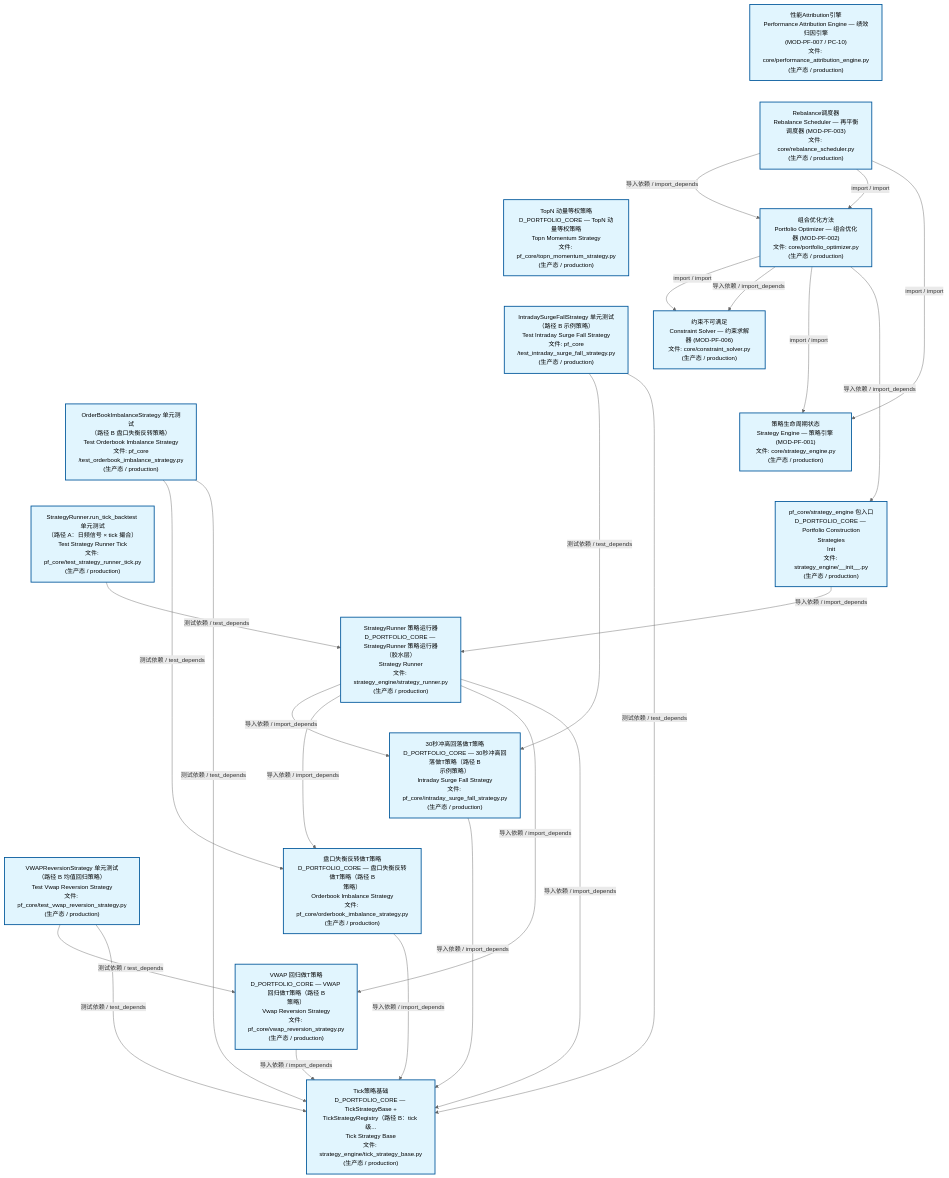
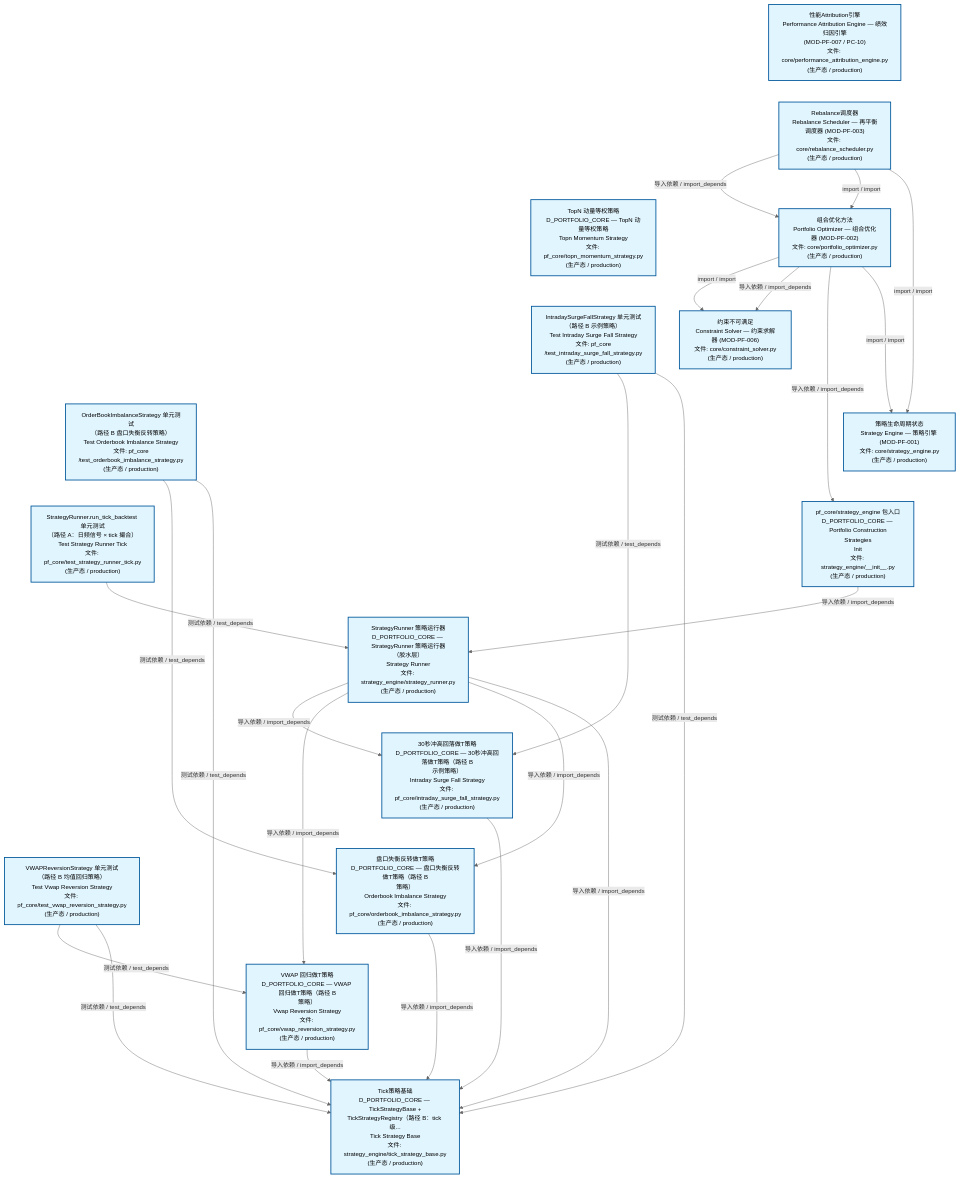
One commit to xuanFelixVan/ZephyrAlpha changed the second of 3 diagrams in docs/02_enterprise_architecture/02_domain_architecture_docs/63_d_pf_core.md. Above: the diagram before and after it, drawn with Mermaid. The commit also changed other lines of this file and 44 other files, not shown here.

````diff
--- a/docs/02_enterprise_architecture/02_domain_architecture_docs/63_d_pf_core.md
+++ b/docs/02_enterprise_architecture/02_domain_architecture_docs/63_d_pf_core.md
@@ -140,57 +140,57 @@
 ```mermaid
 %%{init: {'theme': 'base', 'themeVariables': {'primaryColor': '#eaeaea', 'primaryTextColor': '#333333', 'primaryBorderColor': '#666666', 'lineColor': '#666666', 'secondaryColor': '#eaeaea', 'tertiaryColor': '#eaeaea', 'fontSize': '14px'}}}%%
 flowchart TD
     src_zephyr_pf_core_core_performance_attribution_engine_py["性能Attribution引擎<br/>Performance Attribution Engine — 绩效归因引擎<br/>(MOD-PF-007 / PC-10)<br/>文件: core/performance_attribution_engine.py<br/>(生产态 / production)"]
     src_zephyr_pf_core_core_rebalance_scheduler_py["Rebalance调度器<br/>Rebalance Scheduler — 再平衡调度器 (MOD-PF-003)<br/>文件: core/rebalance_scheduler.py<br/>(生产态 / production)"]
     src_zephyr_pf_core_topn_momentum_strategy_py["TopN 动量等权策略<br/>D_PORTFOLIO_CORE — TopN 动量等权策略<br/>Topn Momentum Strategy<br/>文件: pf_core/topn_momentum_strategy.py<br/>(生产态 / production)"]
     tests_pf_core_test_intraday_surge_fall_strategy_py["IntradaySurgeFallStrategy 单元测试<br/>（路径 B 示例策略）<br/>Test Intraday Surge Fall Strategy<br/>文件: pf_core<br/>/test_intraday_surge_fall_strategy.py<br/>(生产态 / production)"]
     tests_pf_core_test_orderbook_imbalance_strategy_py["OrderBookImbalanceStrategy 单元测试<br/>（路径 B 盘口失衡反转策略）<br/>Test Orderbook Imbalance Strategy<br/>文件: pf_core<br/>/test_orderbook_imbalance_strategy.py<br/>(生产态 / production)"]
     tests_pf_core_test_strategy_runner_tick_py["StrategyRunner.run_tick_backtest 单元测试<br/>（路径 A：日频信号 × tick 撮合）<br/>Test Strategy Runner Tick<br/>文件: pf_core/test_strategy_runner_tick.py<br/>(生产态 / production)"]
     tests_pf_core_test_vwap_reversion_strategy_py["VWAPReversionStrategy 单元测试<br/>（路径 B 均值回归策略）<br/>Test Vwap Reversion Strategy<br/>文件: pf_core/test_vwap_reversion_strategy.py<br/>(生产态 / production)"]
     src_zephyr_pf_core_core_performance_attribution_engine_py ~~~ src_zephyr_pf_core_core_rebalance_scheduler_py
     src_zephyr_pf_core_core_rebalance_scheduler_py ~~~ src_zephyr_pf_core_topn_momentum_strategy_py
     src_zephyr_pf_core_topn_momentum_strategy_py ~~~ tests_pf_core_test_intraday_surge_fall_strategy_py
     tests_pf_core_test_intraday_surge_fall_strategy_py ~~~ tests_pf_core_test_orderbook_imbalance_strategy_py
     tests_pf_core_test_orderbook_imbalance_strategy_py ~~~ tests_pf_core_test_strategy_runner_tick_py
     tests_pf_core_test_strategy_runner_tick_py ~~~ tests_pf_core_test_vwap_reversion_strategy_py
     src_zephyr_pf_core_core_portfolio_optimizer_py["组合优化方法<br/>Portfolio Optimizer — 组合优化器 (MOD-PF-002)<br/>文件: core/portfolio_optimizer.py<br/>(生产态 / production)"]
     src_zephyr_pf_core_core_constraint_solver_py["约束不可满足<br/>Constraint Solver — 约束求解器 (MOD-PF-006)<br/>文件: core/constraint_solver.py<br/>(生产态 / production)"]
     src_zephyr_pf_core_core_strategy_engine_py["策略生命周期状态<br/>Strategy Engine — 策略引擎 (MOD-PF-001)<br/>文件: core/strategy_engine.py<br/>(生产态 / production)"]
     src_zephyr_pf_core_strategy_engine_init_py["pf_core/strategy_engine 包入口<br/>D_PORTFOLIO_CORE — Portfolio Construction<br/>Strategies<br/>Init<br/>文件: strategy_engine/__init__.py<br/>(生产态 / production)"]
     src_zephyr_pf_core_core_constraint_solver_py ~~~ src_zephyr_pf_core_core_strategy_engine_py
     src_zephyr_pf_core_core_strategy_engine_py ~~~ src_zephyr_pf_core_strategy_engine_init_py
     src_zephyr_pf_core_strategy_engine_strategy_runner_py["StrategyRunner 策略运行器<br/>D_PORTFOLIO_CORE — StrategyRunner 策略运行器<br/>（胶水层）<br/>Strategy Runner<br/>文件: strategy_engine/strategy_runner.py<br/>(生产态 / production)"]
     src_zephyr_pf_core_intraday_surge_fall_strategy_py["30秒冲高回落做T策略<br/>D_PORTFOLIO_CORE — 30秒冲高回落做T策略（路径 B<br/>示例策略）<br/>Intraday Surge Fall Strategy<br/>文件: pf_core/intraday_surge_fall_strategy.py<br/>(生产态 / production)"]
     src_zephyr_pf_core_orderbook_imbalance_strategy_py["盘口失衡反转做T策略<br/>D_PORTFOLIO_CORE — 盘口失衡反转做T策略（路径 B<br/>策略）<br/>Orderbook Imbalance Strategy<br/>文件: pf_core/orderbook_imbalance_strategy.py<br/>(生产态 / production)"]
     src_zephyr_pf_core_vwap_reversion_strategy_py["VWAP 回归做T策略<br/>D_PORTFOLIO_CORE — VWAP 回归做T策略（路径 B<br/>策略）<br/>Vwap Reversion Strategy<br/>文件: pf_core/vwap_reversion_strategy.py<br/>(生产态 / production)"]
     src_zephyr_pf_core_intraday_surge_fall_strategy_py ~~~ src_zephyr_pf_core_orderbook_imbalance_strategy_py
     src_zephyr_pf_core_orderbook_imbalance_strategy_py ~~~ src_zephyr_pf_core_vwap_reversion_strategy_py
     src_zephyr_pf_core_strategy_engine_tick_strategy_base_py["Tick策略基础<br/>D_PORTFOLIO_CORE — TickStrategyBase +<br/>TickStrategyRegistry（路径 B：tick 级...<br/>Tick Strategy Base<br/>文件: strategy_engine/tick_strategy_base.py<br/>(生产态 / production)"]
     src_zephyr_pf_core_intraday_surge_fall_strategy_py -->|导入依赖 / import_depends| src_zephyr_pf_core_strategy_engine_tick_strategy_base_py
+    src_zephyr_pf_core_vwap_reversion_strategy_py -->|导入依赖 / import_depends| src_zephyr_pf_core_strategy_engine_tick_strategy_base_py
     src_zephyr_pf_core_orderbook_imbalance_strategy_py -->|导入依赖 / import_depends| src_zephyr_pf_core_strategy_engine_tick_strategy_base_py
-    src_zephyr_pf_core_vwap_reversion_strategy_py -->|导入依赖 / import_depends| src_zephyr_pf_core_strategy_engine_tick_strategy_base_py
     src_zephyr_pf_core_core_rebalance_scheduler_py -->|导入依赖 / import_depends| src_zephyr_pf_core_core_portfolio_optimizer_py
     src_zephyr_pf_core_core_rebalance_scheduler_py -->|import / import| src_zephyr_pf_core_core_portfolio_optimizer_py
     src_zephyr_pf_core_core_rebalance_scheduler_py -->|import / import| src_zephyr_pf_core_core_strategy_engine_py
     src_zephyr_pf_core_core_portfolio_optimizer_py -->|import / import| src_zephyr_pf_core_core_constraint_solver_py
     src_zephyr_pf_core_core_portfolio_optimizer_py -->|导入依赖 / import_depends| src_zephyr_pf_core_core_constraint_solver_py
+    src_zephyr_pf_core_core_portfolio_optimizer_py -->|导入依赖 / import_depends| src_zephyr_pf_core_strategy_engine_init_py
     src_zephyr_pf_core_core_portfolio_optimizer_py -->|import / import| src_zephyr_pf_core_core_strategy_engine_py
-    src_zephyr_pf_core_core_portfolio_optimizer_py -->|导入依赖 / import_depends| src_zephyr_pf_core_strategy_engine_init_py
+    src_zephyr_pf_core_strategy_engine_init_py -->|导入依赖 / import_depends| src_zephyr_pf_core_strategy_engine_strategy_runner_py
     src_zephyr_pf_core_strategy_engine_strategy_runner_py -->|导入依赖 / import_depends| src_zephyr_pf_core_intraday_surge_fall_strategy_py
+    src_zephyr_pf_core_strategy_engine_strategy_runner_py -->|导入依赖 / import_depends| src_zephyr_pf_core_vwap_reversion_strategy_py
     src_zephyr_pf_core_strategy_engine_strategy_runner_py -->|导入依赖 / import_depends| src_zephyr_pf_core_orderbook_imbalance_strategy_py
-    src_zephyr_pf_core_strategy_engine_strategy_runner_py -->|导入依赖 / import_depends| src_zephyr_pf_core_vwap_reversion_strategy_py
     src_zephyr_pf_core_strategy_engine_strategy_runner_py -->|导入依赖 / import_depends| src_zephyr_pf_core_strategy_engine_tick_strategy_base_py
-    src_zephyr_pf_core_strategy_engine_init_py -->|导入依赖 / import_depends| src_zephyr_pf_core_strategy_engine_strategy_runner_py
     tests_pf_core_test_intraday_surge_fall_strategy_py -->|测试依赖 / test_depends| src_zephyr_pf_core_intraday_surge_fall_strategy_py
     tests_pf_core_test_intraday_surge_fall_strategy_py -->|测试依赖 / test_depends| src_zephyr_pf_core_strategy_engine_tick_strategy_base_py
     tests_pf_core_test_orderbook_imbalance_strategy_py -->|测试依赖 / test_depends| src_zephyr_pf_core_orderbook_imbalance_strategy_py
     tests_pf_core_test_orderbook_imbalance_strategy_py -->|测试依赖 / test_depends| src_zephyr_pf_core_strategy_engine_tick_strategy_base_py
-    tests_pf_core_test_strategy_runner_tick_py -->|测试依赖 / test_depends| src_zephyr_pf_core_strategy_engine_strategy_runner_py
     tests_pf_core_test_vwap_reversion_strategy_py -->|测试依赖 / test_depends| src_zephyr_pf_core_vwap_reversion_strategy_py
     tests_pf_core_test_vwap_reversion_strategy_py -->|测试依赖 / test_depends| src_zephyr_pf_core_strategy_engine_tick_strategy_base_py
+    tests_pf_core_test_strategy_runner_tick_py -->|测试依赖 / test_depends| src_zephyr_pf_core_strategy_engine_strategy_runner_py
     classDef production fill:#e1f5fe,stroke:#01579b,stroke-width:2px,color:#000
     classDef design fill:#fff3e0,stroke:#e65100,stroke-width:2px,color:#000,stroke-dasharray: 5 5
     classDef external_prod fill:#e8f4fd,stroke:#0277bd,stroke-width:1px,color:#000
     classDef external_design fill:#fff8e7,stroke:#ef6c00,stroke-width:1px,color:#000,stroke-dasharray: 5 5
     class src_zephyr_pf_core_core_constraint_solver_py,src_zephyr_pf_core_core_performance_attribution_engine_py,src_zephyr_pf_core_core_portfolio_optimizer_py,src_zephyr_pf_core_core_rebalance_scheduler_py,src_zephyr_pf_core_core_strategy_engine_py,src_zephyr_pf_core_intraday_surge_fall_strategy_py,src_zephyr_pf_core_orderbook_imbalance_strategy_py,src_zephyr_pf_core_strategy_engine_init_py,src_zephyr_pf_core_strategy_engine_strategy_runner_py,src_zephyr_pf_core_strategy_engine_tick_strategy_base_py,src_zephyr_pf_core_topn_momentum_strategy_py,src_zephyr_pf_core_vwap_reversion_strategy_py,tests_pf_core_test_intraday_surge_fall_strategy_py,tests_pf_core_test_orderbook_imbalance_strategy_py,tests_pf_core_test_strategy_runner_tick_py,tests_pf_core_test_vwap_reversion_strategy_py production
 ```
````
